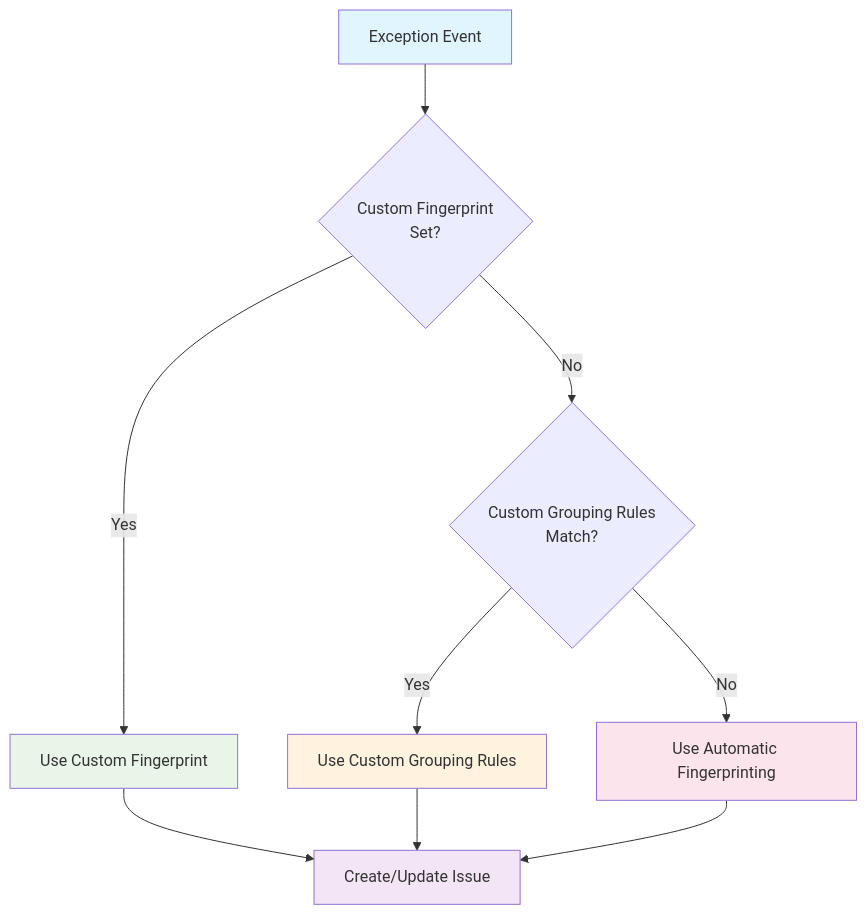
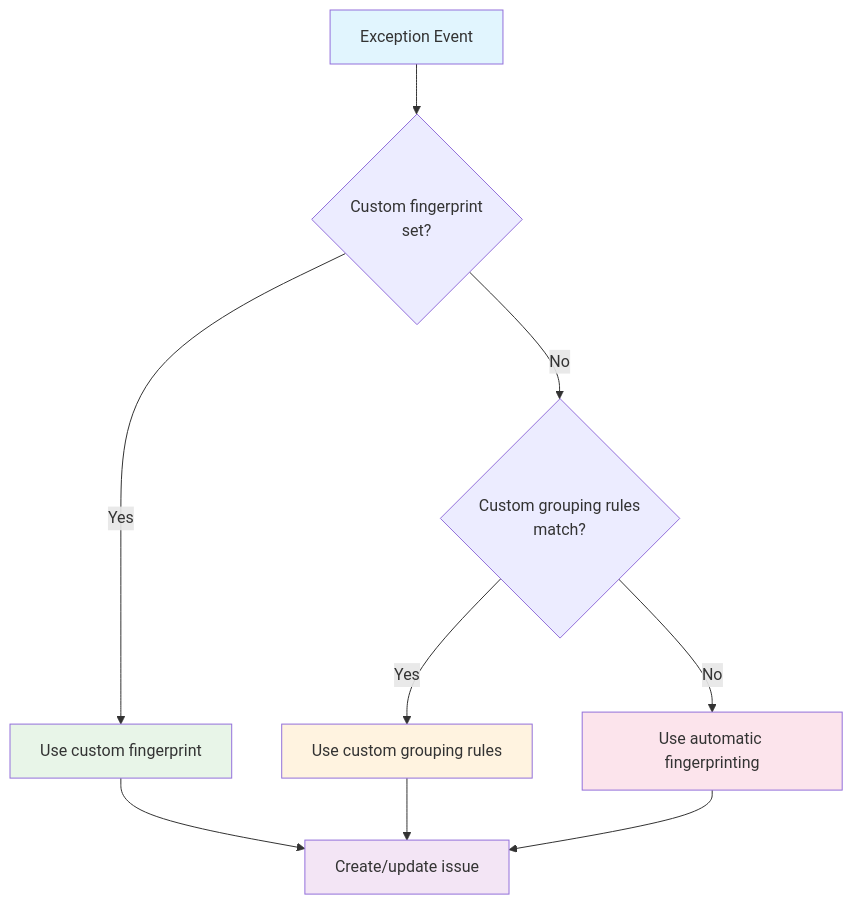
The second of 2 diagrams in contents/docs/error-tracking/issues-and-exceptions.mdx (PostHog/posthog.com), drawn with Mermaid before and after one commit. The commit also changed other lines of this file and 2 other files, not shown here.

````diff
--- a/contents/docs/error-tracking/issues-and-exceptions.mdx
+++ b/contents/docs/error-tracking/issues-and-exceptions.mdx
@@ -52,18 +94,18 @@
 ```mermaid
 flowchart TD
-    A[Exception Event] --> B{Custom Fingerprint<br/>Set?}
-    B -->|Yes| C[Use Custom Fingerprint]
-    B -->|No| D{Custom Grouping Rules<br/>Match?}
-    D -->|Yes| E[Use Custom Grouping Rules]
-    D -->|No| F[Use Automatic Fingerprinting]
+    A[Exception Event] --> B{Custom fingerprint<br/>set?}
+    B -->|Yes| C[Use custom fingerprint]
+    B -->|No| D{Custom grouping rules<br/>match?}
+    D -->|Yes| E[Use custom grouping rules]
+    D -->|No| F[Use automatic fingerprinting]
     
-    C --> G[Create/Update Issue]
+    C --> G[Create/update issue]
     E --> G
     F --> G
     
     style A fill:#e1f5fe
     style C fill:#e8f5e8
     style E fill:#fff3e0
     style F fill:#fce4ec
     style G fill:#f3e5f5
 ```
````
